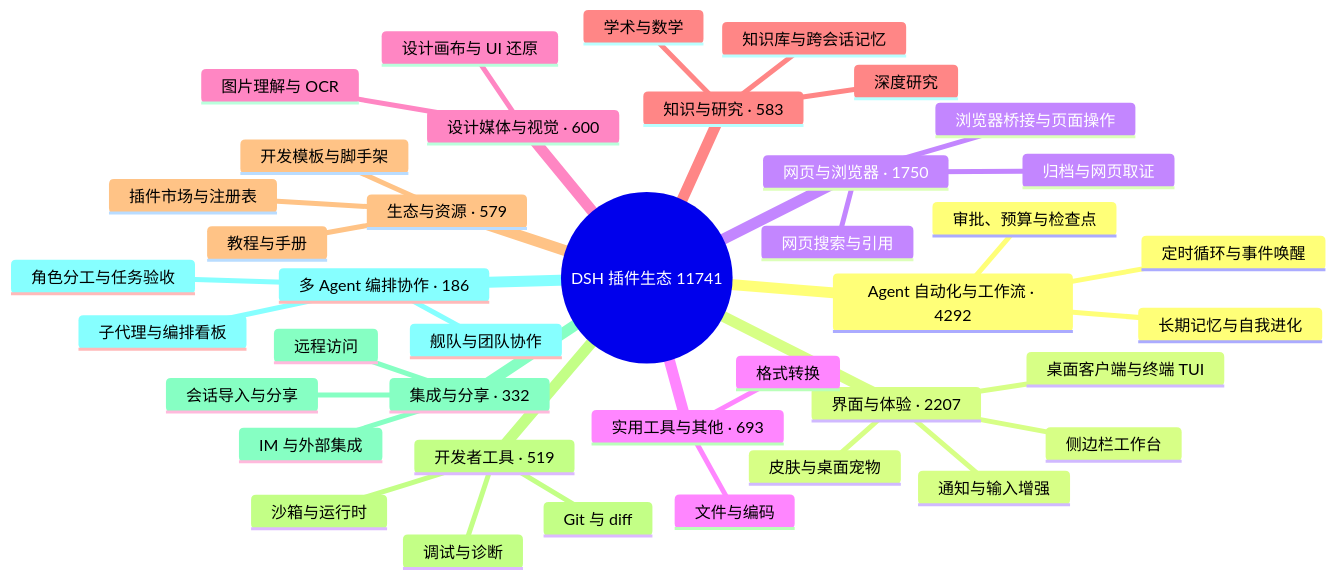
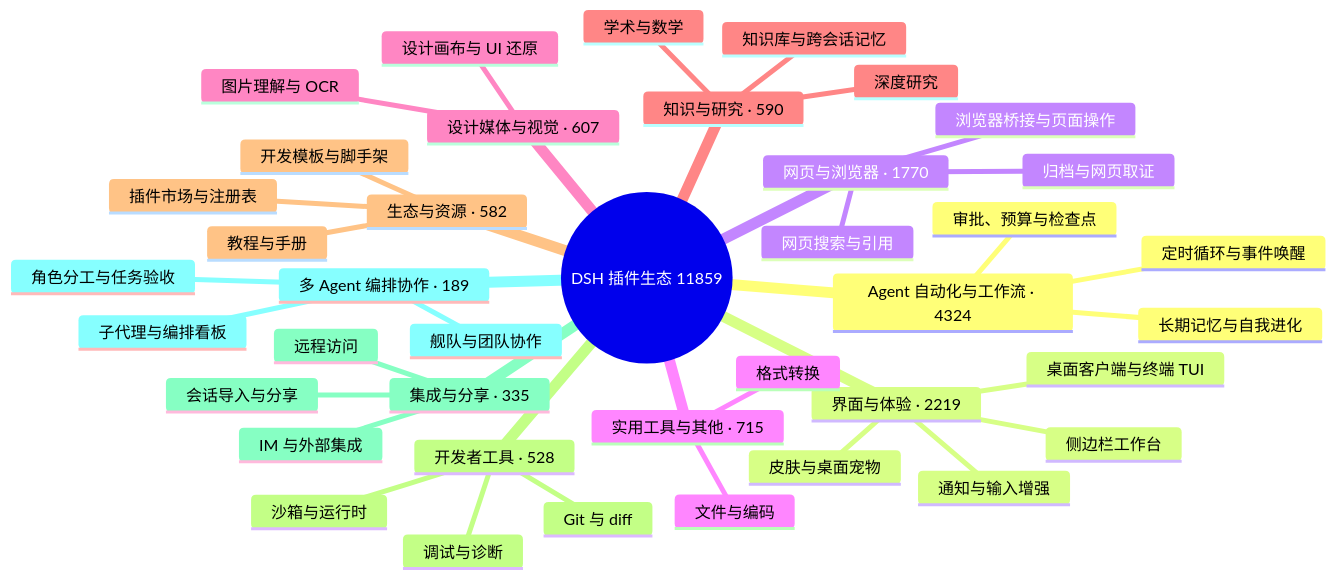
One commit to BOWLUNA/awesome-dsh-plugin changed the diagram in README.md. Above: the diagram before and after it, drawn with Mermaid. The commit also changed other lines of this file and 20 other files, not shown here.

````diff
--- a/README.md
+++ b/README.md
@@ -33,43 +33,43 @@
 ```mermaid
 mindmap
-  root((DSH 插件生态 11741))
-    Agent 自动化与工作流 · 4292
+  root((DSH 插件生态 11859))
+    Agent 自动化与工作流 · 4324
       定时循环与事件唤醒
       长期记忆与自我进化
       审批、预算与检查点
-    界面与体验 · 2207
+    界面与体验 · 2219
       桌面客户端与终端 TUI
       侧边栏工作台
       皮肤与桌面宠物
       通知与输入增强
-    网页与浏览器 · 1750
+    网页与浏览器 · 1770
       浏览器桥接与页面操作
       网页搜索与引用
       归档与网页取证
-    实用工具与其他 · 693
+    实用工具与其他 · 715
       文件与编码
       格式转换
-    设计媒体与视觉 · 600
+    设计媒体与视觉 · 607
       图片理解与 OCR
       设计画布与 UI 还原
-    知识与研究 · 583
+    知识与研究 · 590
       知识库与跨会话记忆
       深度研究
       学术与数学
-    生态与资源 · 579
+    生态与资源 · 582
       插件市场与注册表
       开发模板与脚手架
       教程与手册
-    开发者工具 · 519
+    开发者工具 · 528
       Git 与 diff
       沙箱与运行时
       调试与诊断
-    集成与分享 · 332
+    集成与分享 · 335
       会话导入与分享
       远程访问
       IM 与外部集成
-    多 Agent 编排协作 · 186
+    多 Agent 编排协作 · 189
       子代理与编排看板
       舰队与团队协作
       角色分工与任务验收
 ```
````
